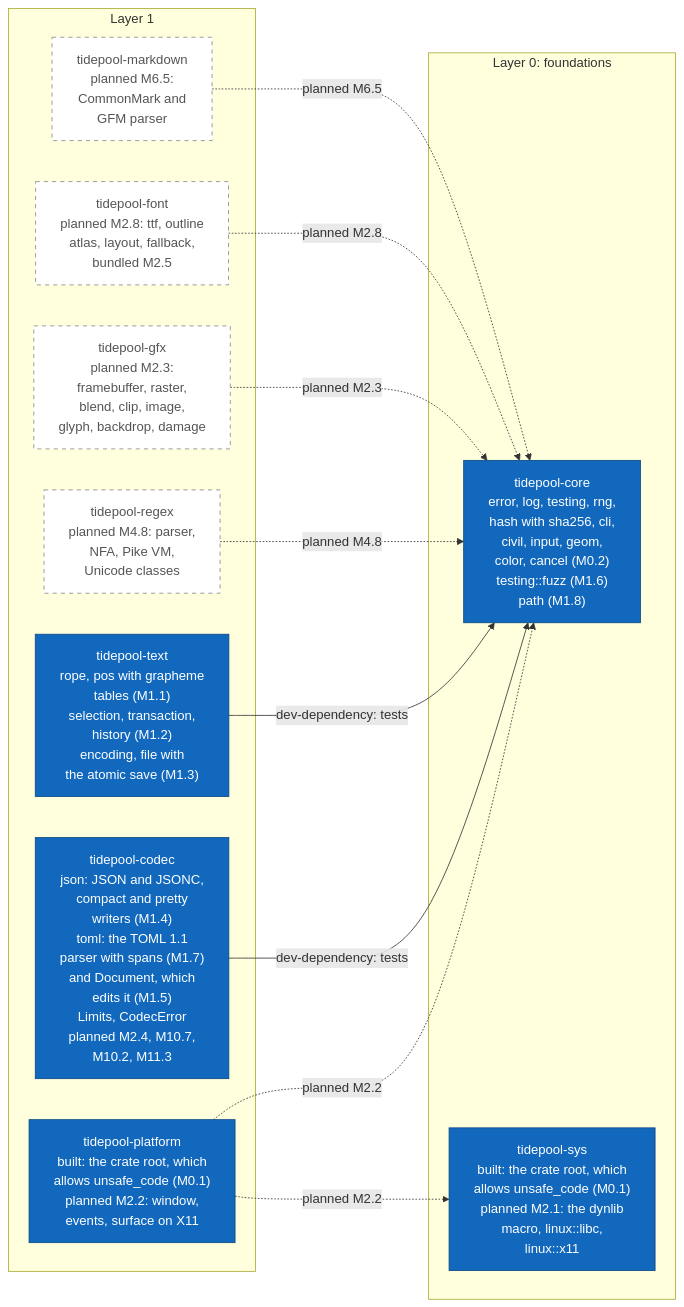
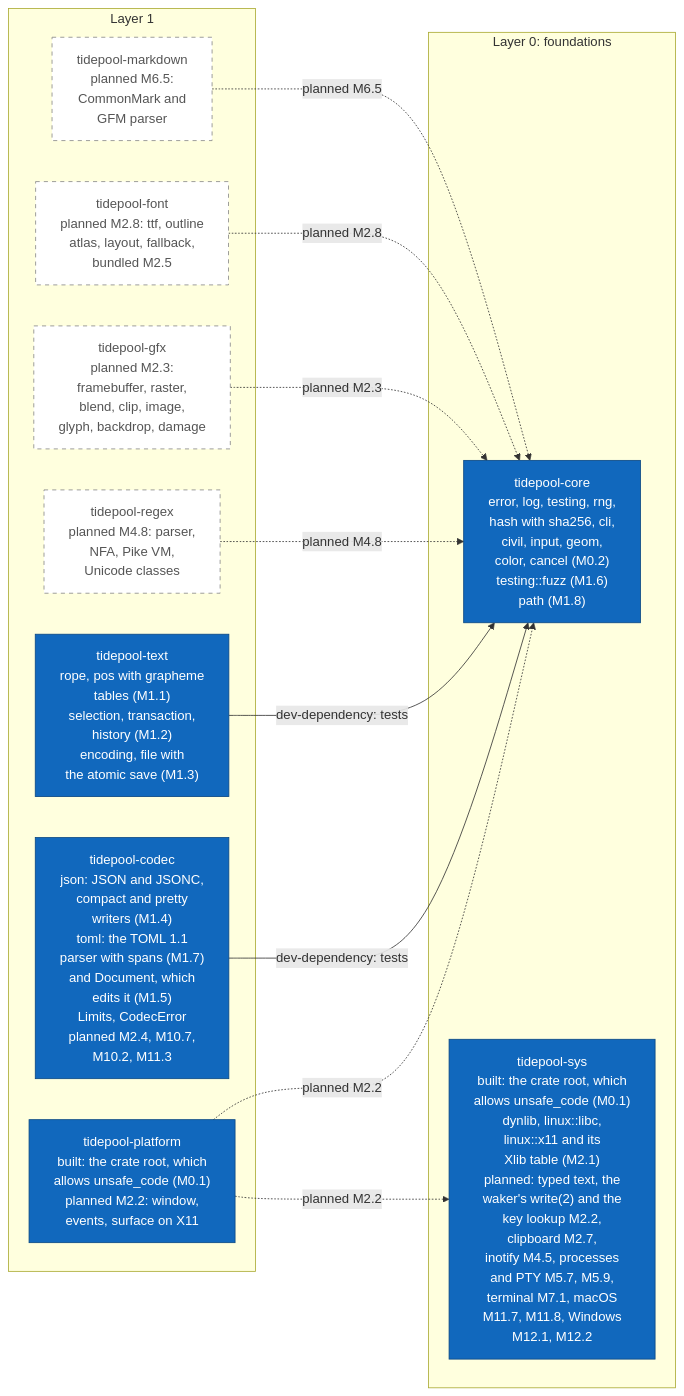
One commit to jabbott-iii/Tidepool changed the sixth of 16 diagrams in diagrams/c4-architecture.md. Above: the diagram before and after it, drawn with Mermaid. The commit also changed other lines of this file and 21 other files, not shown here.

First line of the commit message:
sys: dynlib, libc and X11 declarations (M2.1)

````diff
--- a/diagrams/c4-architecture.md
+++ b/diagrams/c4-architecture.md
@@ -286,30 +288,30 @@
 ```mermaid
 flowchart LR
     subgraph L1["Layer 1"]
         k_platform["tidepool-platform<br/>built: the crate root, which<br/>allows unsafe_code (M0.1)<br/>planned M2.2: window,<br/>events, surface on X11"]
         k_codec["tidepool-codec<br/>json: JSON and JSONC,<br/>compact and pretty<br/>writers (M1.4)<br/>toml: the TOML 1.1<br/>parser with spans (M1.7)<br/>and Document, which<br/>edits it (M1.5)<br/>Limits, CodecError<br/>planned M2.4, M10.7,<br/>M10.2, M11.3"]
         k_text["tidepool-text<br/>rope, pos with grapheme<br/>tables (M1.1)<br/>selection, transaction,<br/>history (M1.2)<br/>encoding, file with<br/>the atomic save (M1.3)"]
         k_regex["tidepool-regex<br/>planned M4.8: parser,<br/>NFA, Pike VM,<br/>Unicode classes"]
         k_gfx["tidepool-gfx<br/>planned M2.3:<br/>framebuffer, raster,<br/>blend, clip, image,<br/>glyph, backdrop, damage"]
         k_font["tidepool-font<br/>planned M2.8: ttf, outline<br/>atlas, layout, fallback,<br/>bundled M2.5"]
         k_markdown["tidepool-markdown<br/>planned M6.5:<br/>CommonMark and<br/>GFM parser"]
     end
     subgraph L0["Layer 0: foundations"]
         k_core["tidepool-core<br/>error, log, testing, rng,<br/>hash with sha256, cli,<br/>civil, input, geom,<br/>color, cancel (M0.2)<br/>testing::fuzz (M1.6)<br/>path (M1.8)"]
-        k_sys["tidepool-sys<br/>built: the crate root, which<br/>allows unsafe_code (M0.1)<br/>planned M2.1: the dynlib<br/>macro, linux::libc,<br/>linux::x11"]
+        k_sys["tidepool-sys<br/>built: the crate root, which<br/>allows unsafe_code (M0.1)<br/>dynlib, linux::libc,<br/>linux::x11 and its<br/>Xlib table (M2.1)<br/>planned: typed text, the<br/>waker's write(2) and the<br/>key lookup M2.2,<br/>clipboard M2.7,<br/>inotify M4.5, processes<br/>and PTY M5.7, M5.9,<br/>terminal M7.1, macOS<br/>M11.7, M11.8, Windows<br/>M12.1, M12.2"]
     end
 
     k_platform -.->|"planned M2.2"| k_core
     k_platform -.->|"planned M2.2"| k_sys
     k_codec -->|"dev-dependency: tests"| k_core
     k_text -->|"dev-dependency: tests"| k_core
     k_regex -.->|"planned M4.8"| k_core
     k_gfx -.->|"planned M2.3"| k_core
     k_font -.->|"planned M2.8"| k_core
     k_markdown -.->|"planned M6.5"| k_core
 
     classDef built fill:#1168bd,stroke:#0b4884,color:#ffffff
     classDef planned fill:#ffffff,stroke:#888888,stroke-dasharray: 5 5,color:#555555
     class k_platform,k_codec,k_text,k_core,k_sys built
     class k_regex,k_gfx,k_font,k_markdown planned
 ```
````
